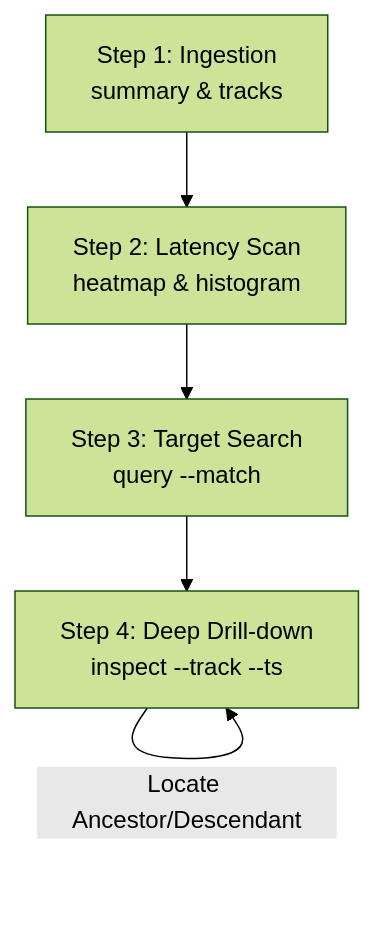
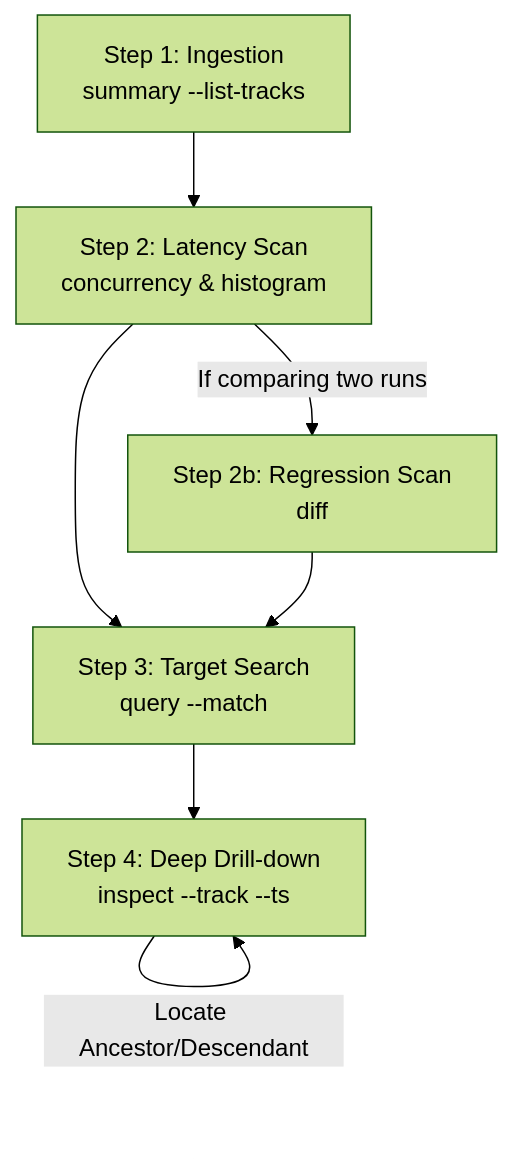
Before and after one commit to coeuvre/ztracing: the diagram in .agents/skills/trace-analyzer/SKILL.md, drawn with Mermaid (forest theme). The commit also changed other lines of this file and 57 other files, not shown here.

````diff
--- a/.agents/skills/trace-analyzer/SKILL.md
+++ b/.agents/skills/trace-analyzer/SKILL.md
@@ -52,7 +57,9 @@
 ```mermaid
 graph TD
-    A[Step 1: Ingestion<br>summary & tracks] --> B[Step 2: Latency Scan<br>heatmap & histogram]
-    B --> C[Step 3: Target Search<br>query --match]
-    C --> D[Step 4: Deep Drill-down<br>inspect --track --ts]
+    A["Step 1: Ingestion<br>summary --list-tracks"] --> B["Step 2: Latency Scan<br>concurrency & histogram"]
+    B --> C["Step 3: Target Search<br>query --match"]
+    C --> D["Step 4: Deep Drill-down<br>inspect --track --ts"]
     D --> |Locate Ancestor/Descendant| D
+    B --> |If comparing two runs| E["Step 2b: Regression Scan<br>diff"]
+    E --> C
 ```
````
